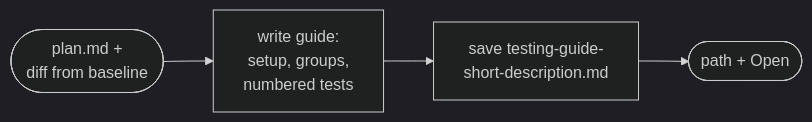
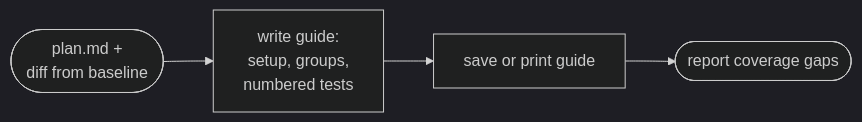
Before and after one commit to le0u0/just-do-it: the first of 2 diagrams in docs/to-test-md.md, drawn with Mermaid (dark theme). The commit also changed other lines of this file and 40 other files, not shown here.

````diff
--- a/docs/to-test-md.md
+++ b/docs/to-test-md.md
@@ -7,6 +7,6 @@
 ```mermaid
 flowchart LR
     IN([plan.md +<br/>diff from baseline]) --> W[write guide:<br/>setup, groups,<br/>numbered tests]
-    W --> S[save testing-guide-<br/>short-description.md]
-    S --> O([path + Open])
+    W --> S[save or print guide]
+    S --> O([report coverage gaps])
 ```
````
